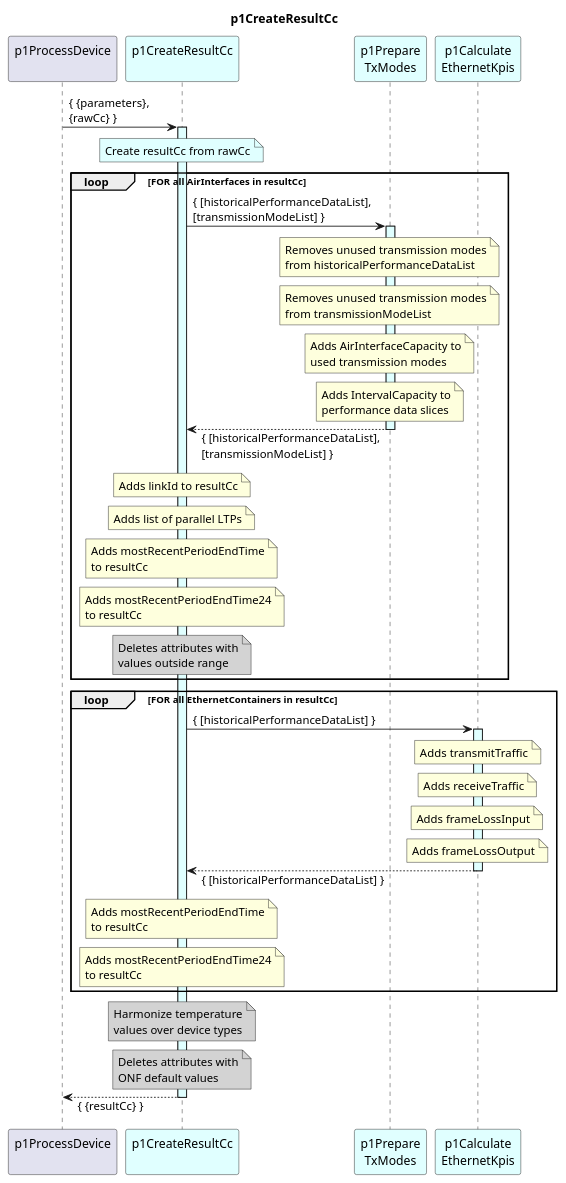
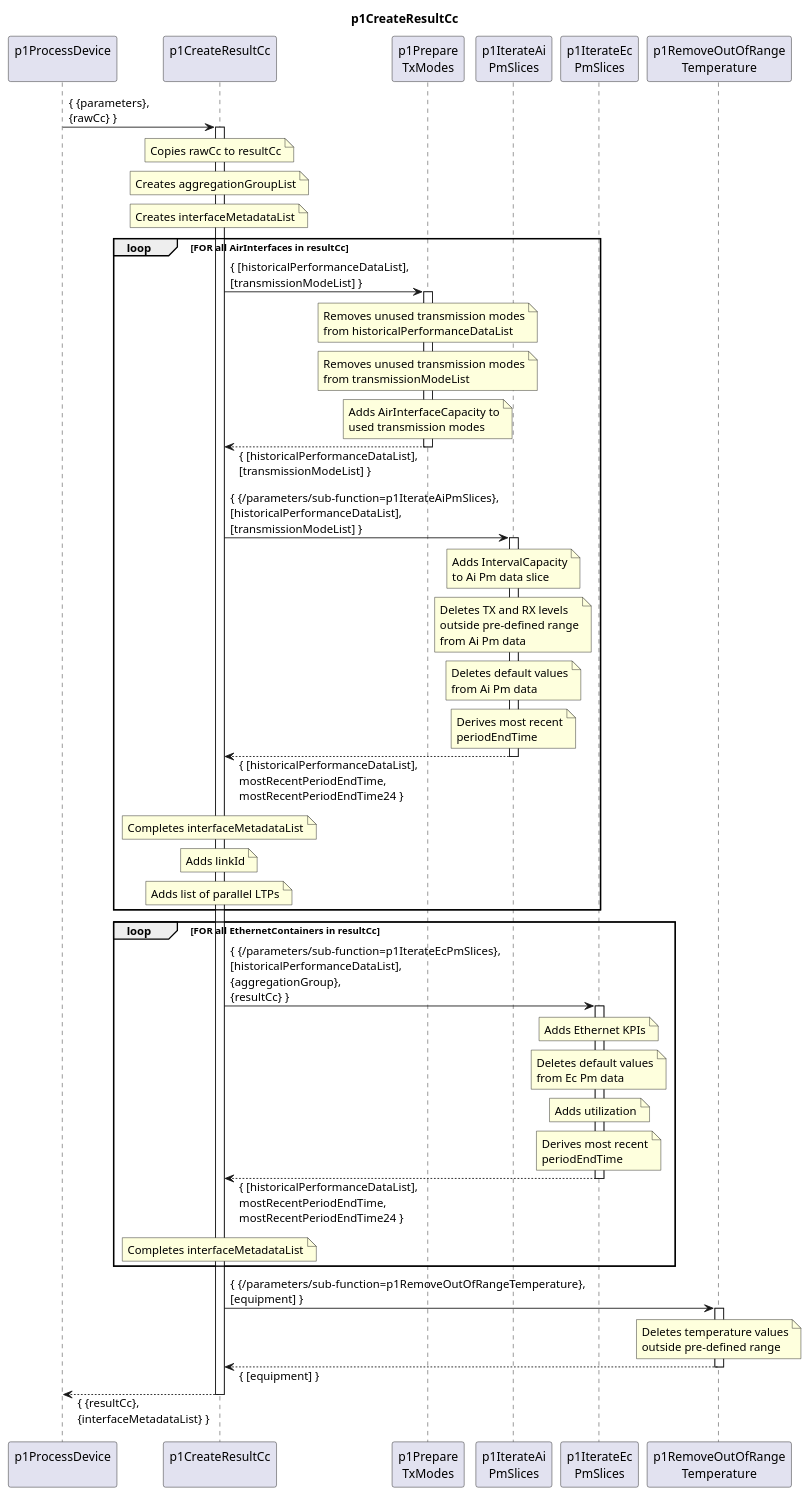
Before and after one commit to openBackhaul/DevicePerformanceManagementDataProcessor: the diagram in spec/Functions/p1StreamPmData/p1ProcessDevice/p1CreateResultCc/1.0.0/p1CreateResultCc.plantuml, drawn with PlantUML. The commit also changed 16 other files, not shown here.

Commit message:
Down version p1CreateResultCc, remove ### Ramarks from readmes

```diff
--- a/spec/Functions/p1StreamPmData/p1ProcessDevice/p1CreateResultCc/1.0.0/p1CreateResultCc.plantuml
+++ b/spec/Functions/p1StreamPmData/p1ProcessDevice/p1CreateResultCc/1.0.0/p1CreateResultCc.plantuml
@@ -1,132 +1,140 @@
 @startuml p1CreateResultCc
 skinparam responseMessageBelowArrow true
 
 title
   p1CreateResultCc
 end title
 
 participant "p1ProcessDevice\n" as requestor
-participant "p1CreateResultCc\n" as cur #LightCyan
+participant "p1CreateResultCc\n" as cur
+participant "p1Prepare\nTxModes" as p1prepTxModes
+participant "p1IterateAi\nPmSlices" as p1IterateAi
+participant "p1IterateEc\nPmSlices" as p1IterateEc
+participant "p1RemoveOutOfRange\nTemperature" as p1RemoveTemp
 
-participant "p1Prepare\nTxModes" as prepTxModes #LightCyan
-participant "p1Calculate\nEthernetKpis" as ethKpis #LightCyan
+requestor -> cur : { {parameters},\n{rawCc} }
+activate cur
 
-requestor -> cur: { {parameters},\n{rawCc} }
-activate cur #LightCyan
+  note over cur
+    Copies rawCc to resultCc
+  end note
 
-  note over cur #LightCyan
-    Create resultCc from rawCc
+  note over cur
+    Creates aggregationGroupList
+  end note
+
+  note over cur
+    Creates interfaceMetadataList
   end note
 
   loop FOR all AirInterfaces in resultCc
 
-    cur -> prepTxModes : { [historicalPerformanceDataList],\n[transmissionModeList] }
-    activate prepTxModes #LightCyan
+    cur -> p1prepTxModes : { [historicalPerformanceDataList],\n[transmissionModeList] }
+    activate p1prepTxModes
 
-      note over prepTxModes
+      note over p1prepTxModes
         Removes unused transmission modes
         from historicalPerformanceDataList
       end note
 
-      note over prepTxModes
+      note over p1prepTxModes
         Removes unused transmission modes
         from transmissionModeList
       end note
 
-      note over prepTxModes
+      note over p1prepTxModes
         Adds AirInterfaceCapacity to
         used transmission modes
       end note
 
-      note over prepTxModes
-        Adds IntervalCapacity to
-        performance data slices
+    cur <-- p1prepTxModes : { [historicalPerformanceDataList],\n[transmissionModeList] }
+    deactivate p1prepTxModes
+
+    cur -> p1IterateAi : { {/parameters/sub-function=p1IterateAiPmSlices},\n[historicalPerformanceDataList],\n[transmissionModeList] }
+    activate p1IterateAi
+
+      note over p1IterateAi
+        Adds IntervalCapacity
+        to Ai Pm data slice
       end note
 
-    cur <-- prepTxModes : { [historicalPerformanceDataList],\n[transmissionModeList] }
-    deactivate prepTxModes
+      note over p1IterateAi
+        Deletes TX and RX levels
+        outside pre-defined range
+        from Ai Pm data
+      end note
 
-    ' ----- Link ID --------------------------
+      note over p1IterateAi
+        Deletes default values
+        from Ai Pm data
+      end note
+
+      note over p1IterateAi
+        Derives most recent
+        periodEndTime
+      end note
+
+    cur <-- p1IterateAi : { [historicalPerformanceDataList],\nmostRecentPeriodEndTime,\nmostRecentPeriodEndTime24 }
+    deactivate p1IterateAi
+
     note over cur
-      Adds linkId to resultCc
-    end note
-
-    ' ----- Aggregation Group --------------------------
-    note over cur
-      Adds list of parallel LTPs
-    end note
-
-    ' ----- mostRecentPeriodEndTime --------------------------
-    note over cur
-      Adds mostRecentPeriodEndTime
-      to resultCc
+      Completes interfaceMetadataList
     end note
 
     note over cur
-      Adds mostRecentPeriodEndTime24
-      to resultCc
+      Adds linkId
     end note
 
-    ' ----- OutOfRange TxLevel --------------------------
-    note over cur #LightGray
-      Deletes attributes with
-      values outside range
+    note over cur
+      Adds list of parallel LTPs
     end note
 
   end
 
   loop FOR all EthernetContainers in resultCc
 
-    ' ----- EthContainer KPIs --------------------------
-    cur -> ethKpis : { [historicalPerformanceDataList] }
-    activate ethKpis #LightCyan
+    cur -> p1IterateEc : { {/parameters/sub-function=p1IterateEcPmSlices},\n[historicalPerformanceDataList],\n{aggregationGroup},\n{resultCc} }
+    activate p1IterateEc
 
-        note over ethKpis
-          Adds transmitTraffic
-        end note
+      note over p1IterateEc
+        Adds Ethernet KPIs
+      end note
 
-        note over ethKpis
-          Adds receiveTraffic
-        end note
+      note over p1IterateEc
+        Deletes default values
+        from Ec Pm data
+      end note
 
-        note over ethKpis
-          Adds frameLossInput
-        end note
+      note over p1IterateEc
+        Adds utilization
+      end note
 
-        note over ethKpis
-          Adds frameLossOutput
-        end note
+      note over p1IterateEc
+        Derives most recent
+        periodEndTime
+      end note
 
-    cur <-- ethKpis : { [historicalPerformanceDataList] }
-    deactivate ethKpis
-
-    ' ----- mostRecentPeriodEndTime --------------------------
-    note over cur
-      Adds mostRecentPeriodEndTime
-      to resultCc
-    end note
+    cur <-- p1IterateEc : { [historicalPerformanceDataList],\nmostRecentPeriodEndTime,\nmostRecentPeriodEndTime24 }
+    deactivate p1IterateEc
 
     note over cur
-      Adds mostRecentPeriodEndTime24
-      to resultCc
+      Completes interfaceMetadataList
     end note
 
   end loop
 
-  ' ----- Temperature --------------------------
-  note over cur #LightGray
-    Harmonize temperature
-    values over device types
-  end note
+  cur -> p1RemoveTemp : { {/parameters/sub-function=p1RemoveOutOfRangeTemperature},\n[equipment] }
+  activate p1RemoveTemp
 
-  ' ----- ONF default values --------------------------
-  note over cur #LightGray
-    Deletes attributes with
-    ONF default values
-  end note
+    note over p1RemoveTemp
+      Deletes temperature values
+      outside pre-defined range
+    end note
 
-requestor <-- cur: { {resultCc} }
+  cur <-- p1RemoveTemp : { [equipment] }
+  deactivate p1RemoveTemp
 
+requestor <-- cur : { {resultCc},\n{interfaceMetadataList} }
 deactivate cur
 
 @enduml
```
